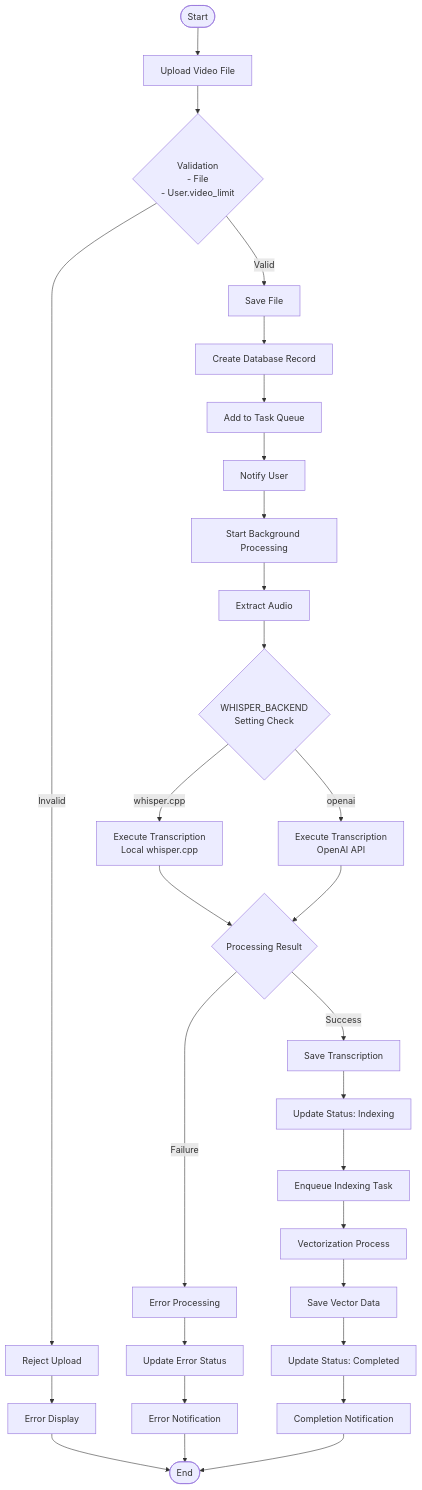
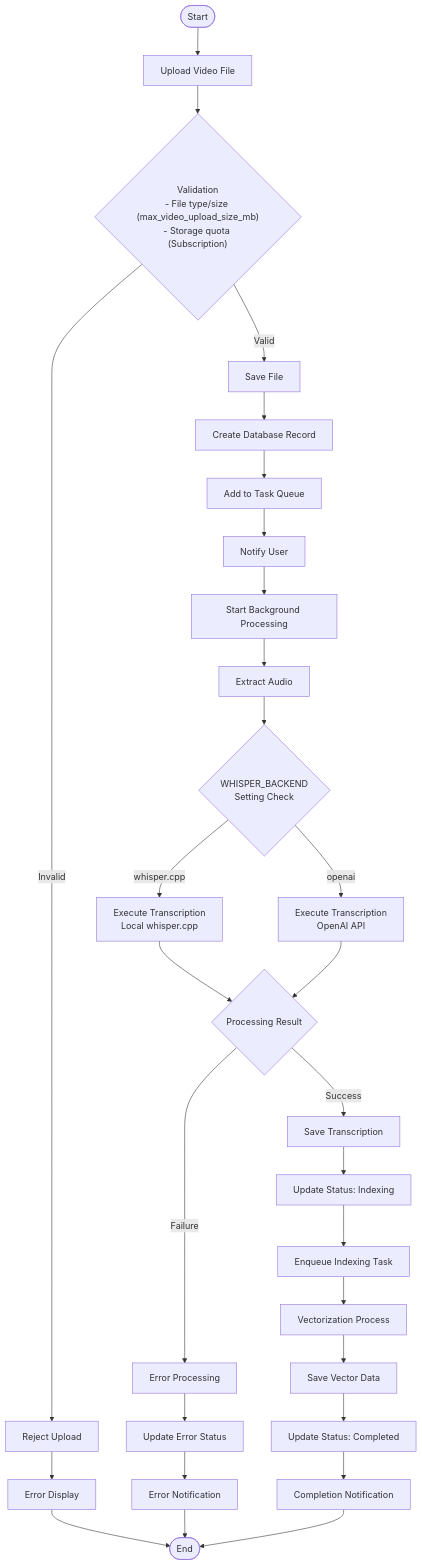
One commit to yukiharada1228/videoq changed the second of 10 diagrams in docs/architecture/bpmn.md. Above: the diagram before and after it, drawn with Mermaid. The commit also changed 12 other files, not shown here.

````diff
--- a/docs/architecture/bpmn.md
+++ b/docs/architecture/bpmn.md
@@ -36,33 +36,33 @@
 ```mermaid
 flowchart TD
     Start([Start]) --> Upload[Upload Video File]
-    Upload --> ValidateFile{"Validation<br>- File<br>- User.video_limit"}
+    Upload --> ValidateFile{"Validation<br>- File type/size (max_video_upload_size_mb)<br>- Storage quota (Subscription)"}
     ValidateFile -->|Invalid| Reject[Reject Upload]
     Reject --> ShowError[Error Display]
     ShowError --> End([End])
     ValidateFile -->|Valid| SaveFile[Save File]
     SaveFile --> CreateRecord[Create Database Record]
     CreateRecord --> QueueTask[Add to Task Queue]
     QueueTask --> NotifyUser[Notify User]
     NotifyUser --> ProcessTask[Start Background Processing]
     
     ProcessTask --> ExtractAudio[Extract Audio]
     ExtractAudio --> CheckBackend{"WHISPER_BACKEND<br>Setting Check"}
     CheckBackend -->|whisper.cpp| Transcribe[Execute Transcription<br>Local whisper.cpp]
     CheckBackend -->|openai| TranscribeAPI[Execute Transcription<br>OpenAI API]
     Transcribe --> CheckResult{Processing Result}
     TranscribeAPI --> CheckResult
     CheckResult -->|Success| CreateTranscript[Save Transcription]
     CheckResult -->|Failure| HandleError[Error Processing]
     HandleError --> UpdateErrorStatus[Update Error Status]
     UpdateErrorStatus --> NotifyError[Error Notification]
     NotifyError --> End
     
     CreateTranscript --> MarkIndexing[Update Status: Indexing]
     MarkIndexing --> QueueIndexTask[Enqueue Indexing Task]
     QueueIndexTask --> Vectorize[Vectorization Process]
     Vectorize --> SaveVector[Save Vector Data]
     SaveVector --> UpdateStatus[Update Status: Completed]
     UpdateStatus --> NotifyComplete[Completion Notification]
     NotifyComplete --> End
 ```
````
